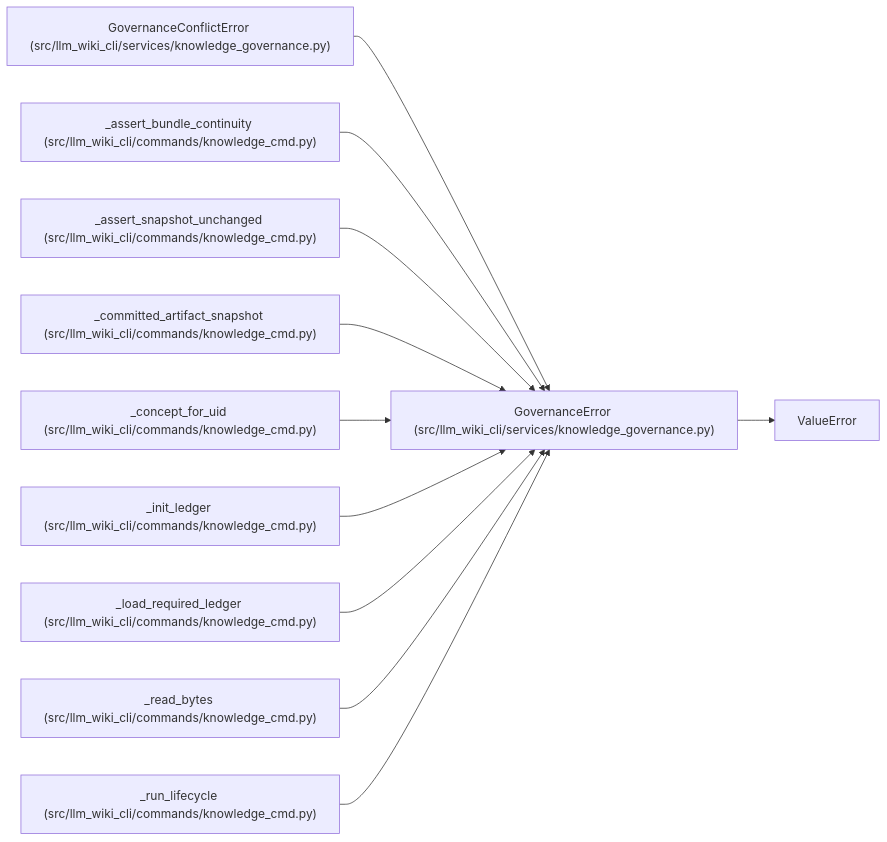
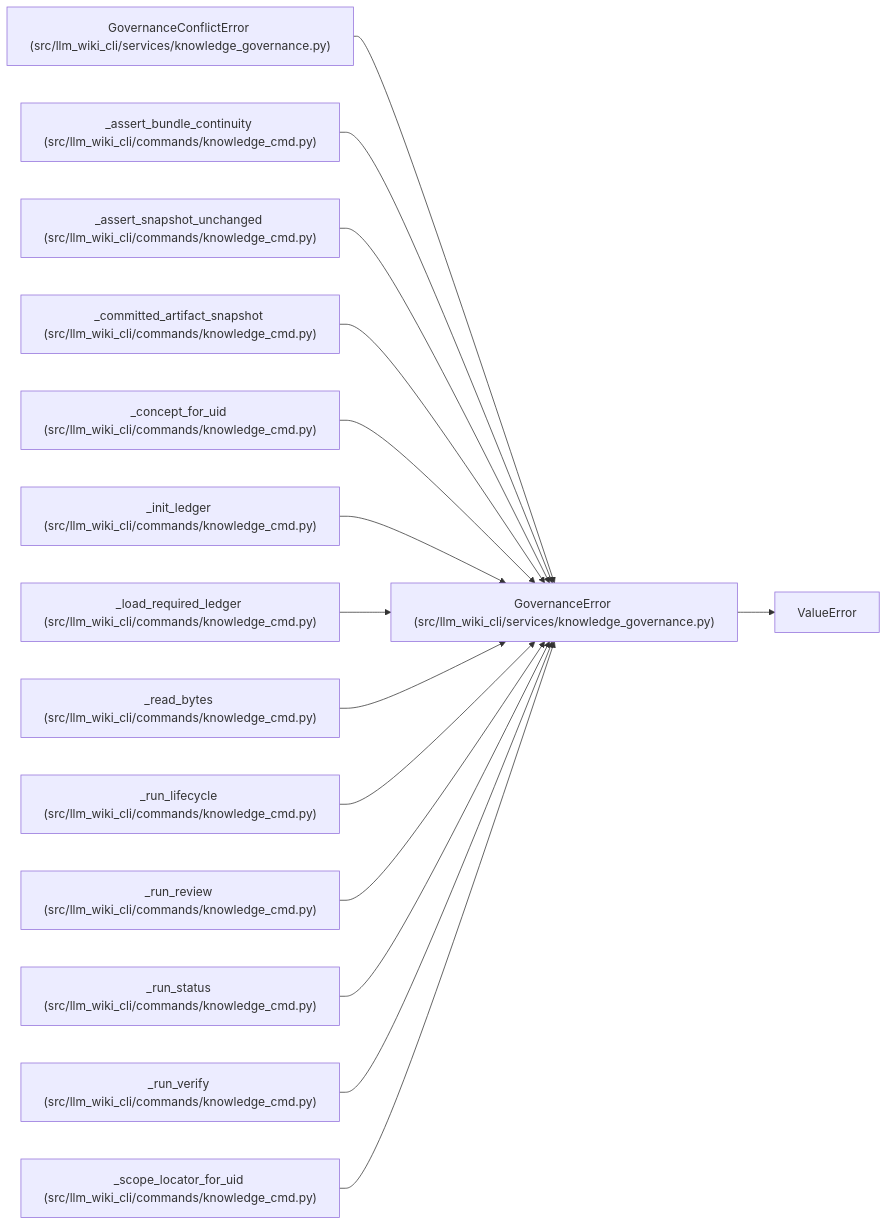
One commit to Denissvgn/python-wiki-llm changed the diagram in docs/llm_wiki/entities/GovernanceError.md. Above: the diagram before and after it, drawn with Mermaid. The commit also changed other lines of this file and 493 other files, not shown here.

````diff
--- a/docs/llm_wiki/entities/GovernanceError.md
+++ b/docs/llm_wiki/entities/GovernanceError.md
@@ -25,34 +25,46 @@
 ```mermaid
 flowchart LR
     n0["GovernanceError (src/llm_wiki_cli/services/knowledge_governance.py)"]
     n1["ValueError"]
     n2["GovernanceConflictError (src/llm_wiki_cli/services/knowledge_governance.py)"]
     n3["_assert_bundle_continuity (src/llm_wiki_cli/commands/knowledge_cmd.py)"]
     n4["_assert_snapshot_unchanged (src/llm_wiki_cli/commands/knowledge_cmd.py)"]
     n5["_committed_artifact_snapshot (src/llm_wiki_cli/commands/knowledge_cmd.py)"]
     n6["_concept_for_uid (src/llm_wiki_cli/commands/knowledge_cmd.py)"]
     n7["_init_ledger (src/llm_wiki_cli/commands/knowledge_cmd.py)"]
     n8["_load_required_ledger (src/llm_wiki_cli/commands/knowledge_cmd.py)"]
     n9["_read_bytes (src/llm_wiki_cli/commands/knowledge_cmd.py)"]
     n10["_run_lifecycle (src/llm_wiki_cli/commands/knowledge_cmd.py)"]
+    n11["_run_review (src/llm_wiki_cli/commands/knowledge_cmd.py)"]
+    n12["_run_status (src/llm_wiki_cli/commands/knowledge_cmd.py)"]
+    n13["_run_verify (src/llm_wiki_cli/commands/knowledge_cmd.py)"]
+    n14["_scope_locator_for_uid (src/llm_wiki_cli/commands/knowledge_cmd.py)"]
     n0 --> n1
     n2 --> n0
     n3 --> n0
     n4 --> n0
     n5 --> n0
     n6 --> n0
     n7 --> n0
     n8 --> n0
     n9 --> n0
     n10 --> n0
+    n11 --> n0
+    n12 --> n0
+    n13 --> n0
+    n14 --> n0
     click n0 "../modules/knowledge_governance.md"
     click n2 "../modules/knowledge_governance.md"
     click n3 "../modules/knowledge_cmd.md"
     click n4 "../modules/knowledge_cmd.md"
     click n5 "../modules/knowledge_cmd.md"
     click n6 "../modules/knowledge_cmd.md"
     click n7 "../modules/knowledge_cmd.md"
     click n8 "../modules/knowledge_cmd.md"
     click n9 "../modules/knowledge_cmd.md"
     click n10 "../modules/knowledge_cmd.md"
+    click n11 "../modules/knowledge_cmd.md"
+    click n12 "../modules/knowledge_cmd.md"
+    click n13 "../modules/knowledge_cmd.md"
+    click n14 "../modules/knowledge_cmd.md"
 ```
````
